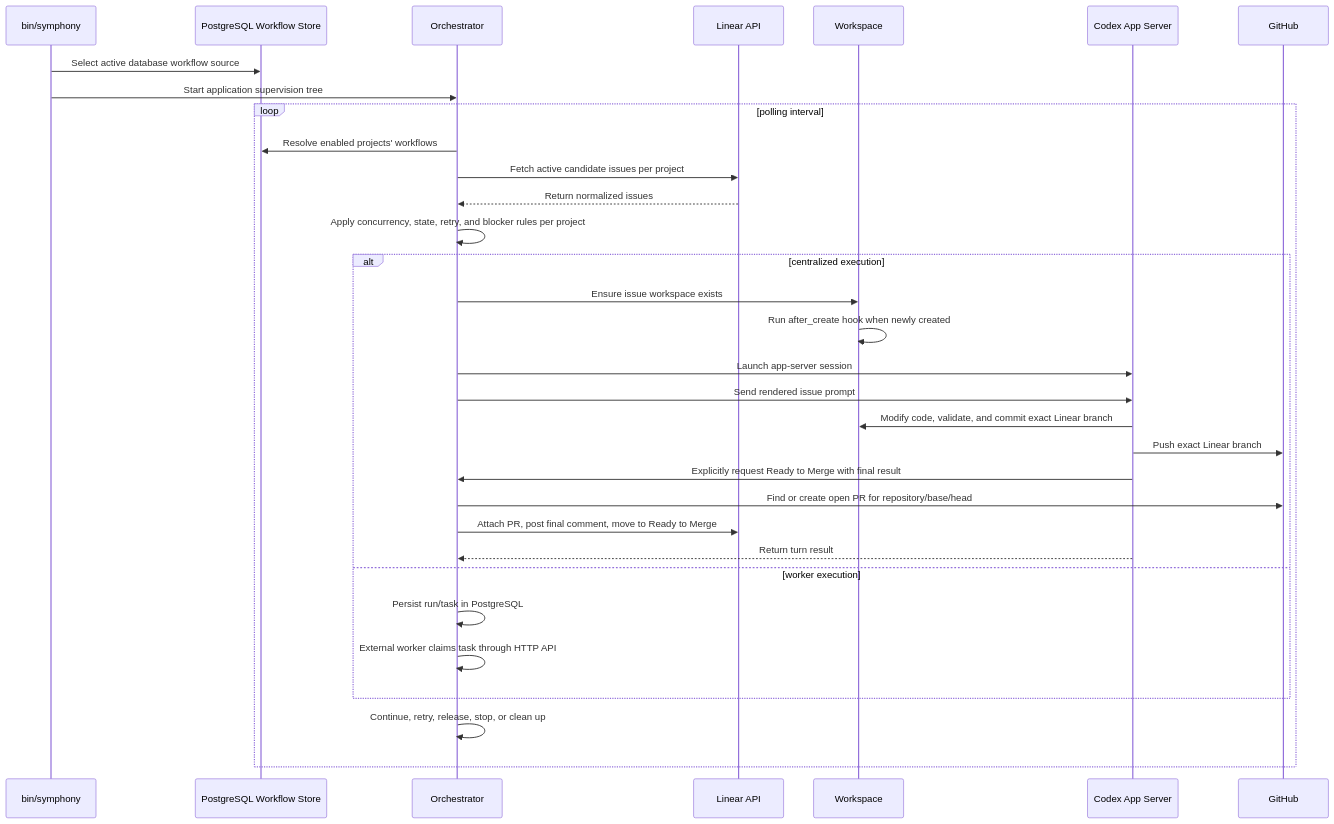
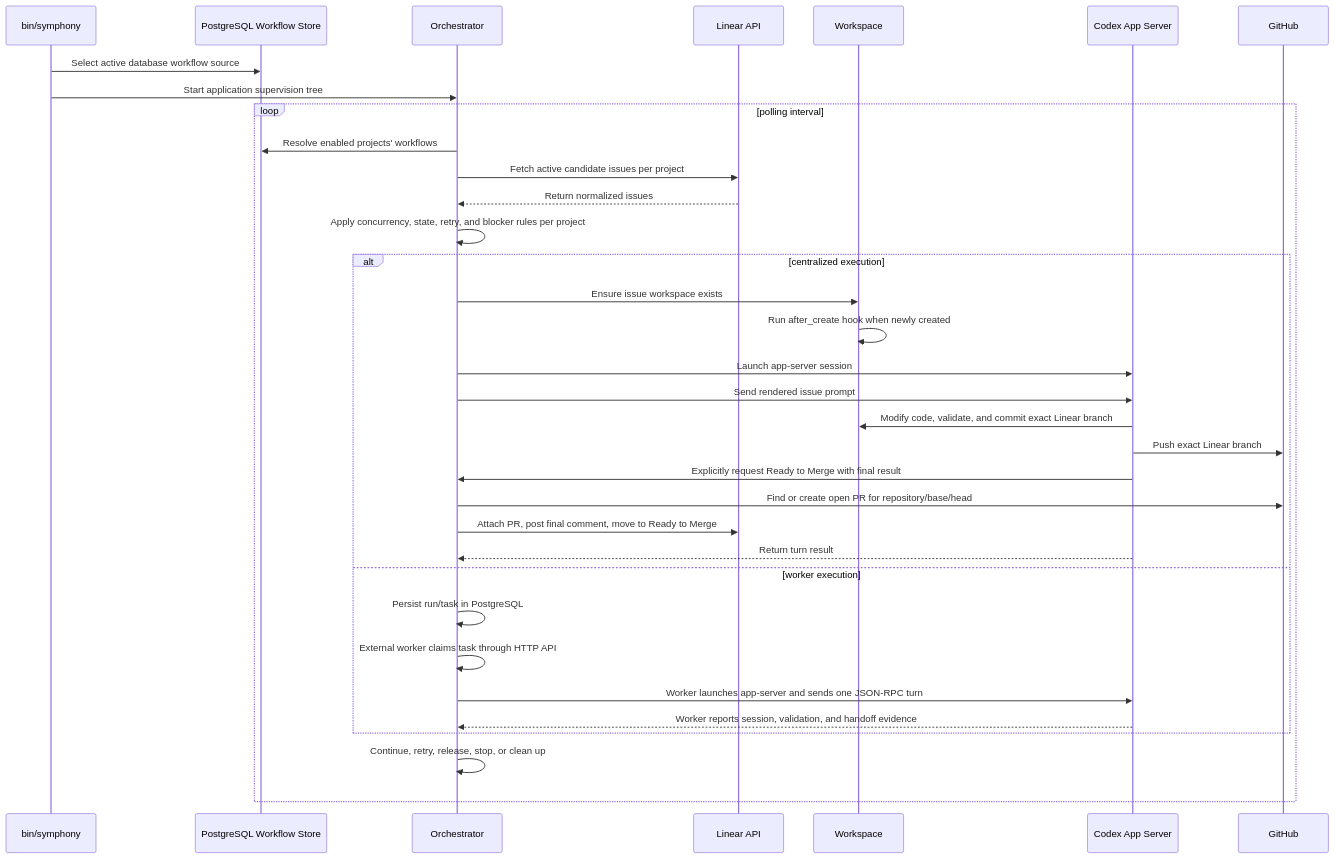
Before and after one commit to VikingMew/symphony: the second of 2 diagrams in docs/ARCHITECTURE.md, drawn with Mermaid. The commit also changed other lines of this file and 13 other files, not shown here.

First line of the commit message:
feat(worker): run codex via app-server JSON-RPC session

````diff
--- a/docs/ARCHITECTURE.md
+++ b/docs/ARCHITECTURE.md
@@ -85,36 +85,38 @@
 ```mermaid
 sequenceDiagram
     participant CLI as bin/symphony
     participant Workflow as PostgreSQL Workflow Store
     participant Orch as Orchestrator
     participant Linear as Linear API
     participant WS as Workspace
     participant Codex as Codex App Server
     participant GitHub as GitHub
 
     CLI->>Workflow: Select active database workflow source
     CLI->>Orch: Start application supervision tree
 
     loop polling interval
         Orch->>Workflow: Resolve enabled projects' workflows
         Orch->>Linear: Fetch active candidate issues per project
         Linear-->>Orch: Return normalized issues
         Orch->>Orch: Apply concurrency, state, retry, and blocker rules per project
         alt centralized execution
             Orch->>WS: Ensure issue workspace exists
             WS->>WS: Run after_create hook when newly created
             Orch->>Codex: Launch app-server session
             Orch->>Codex: Send rendered issue prompt
             Codex->>WS: Modify code, validate, and commit exact Linear branch
             Codex->>GitHub: Push exact Linear branch
             Codex->>Orch: Explicitly request Ready to Merge with final result
             Orch->>GitHub: Find or create open PR for repository/base/head
             Orch->>Linear: Attach PR, post final comment, move to Ready to Merge
             Codex-->>Orch: Return turn result
         else worker execution
             Orch->>Orch: Persist run/task in PostgreSQL
             Orch->>Orch: External worker claims task through HTTP API
+            Orch->>Codex: Worker launches app-server and sends one JSON-RPC turn
+            Codex-->>Orch: Worker reports session, validation, and handoff evidence
         end
         Orch->>Orch: Continue, retry, release, stop, or clean up
     end
 ```
````
